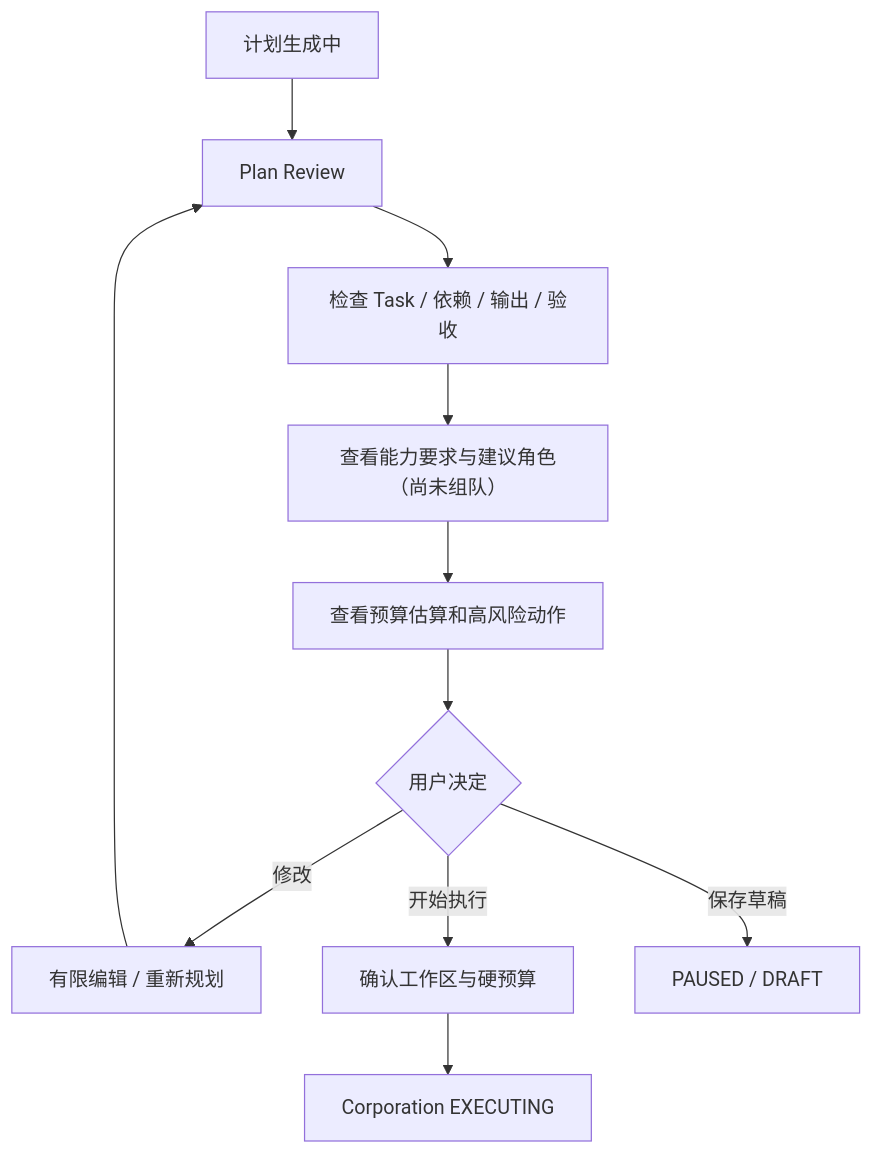
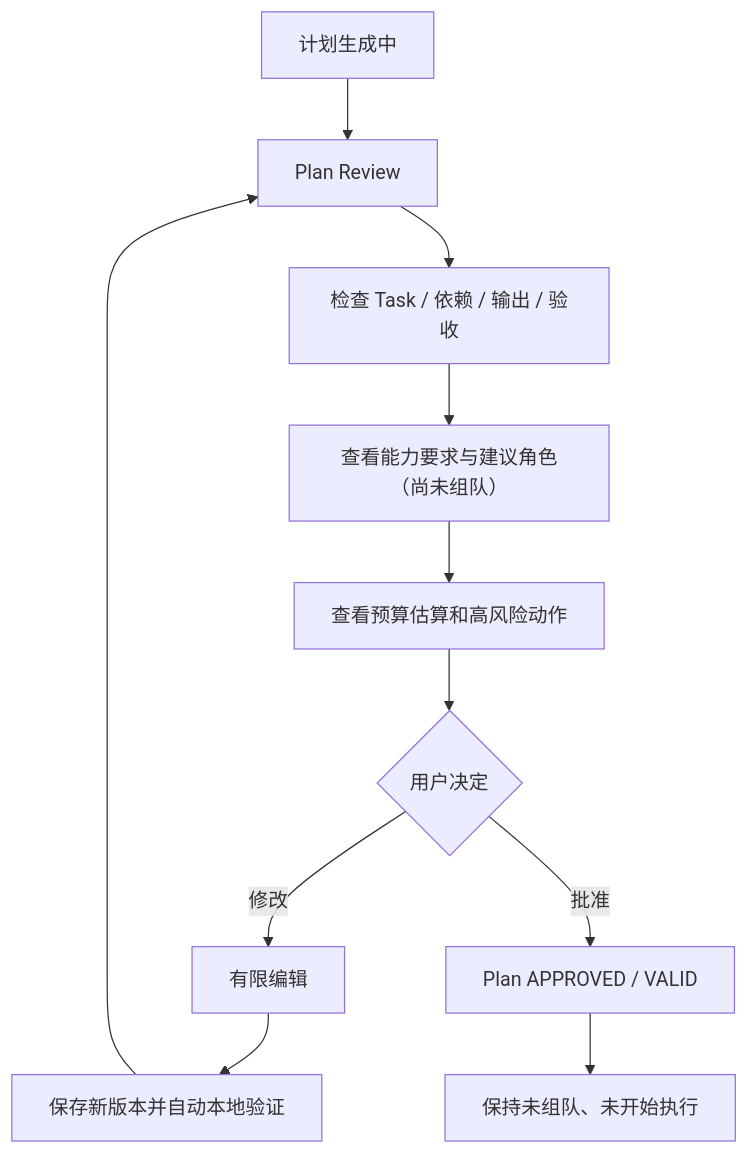
One commit to banyueban/ai-corporation changed the third of 8 diagrams in docs/07-ui/Core-User-Flows.md. Above: the diagram before and after it, drawn with Mermaid. The commit also changed other lines of this file and 34 other files, not shown here.

````diff
--- a/docs/07-ui/Core-User-Flows.md
+++ b/docs/07-ui/Core-User-Flows.md
@@ -96,13 +96,13 @@
 ```mermaid
 flowchart TD
     A["计划生成中"] --> B["Plan Review"]
     B --> C["检查 Task / 依赖 / 输出 / 验收"]
     C --> D["查看能力要求与建议角色（尚未组队）"]
     D --> E["查看预算估算和高风险动作"]
     E --> F{"用户决定"}
-    F -->|修改| G["有限编辑 / 重新规划"]
-    G --> B
-    F -->|开始执行| H["确认工作区与硬预算"]
-    H --> I["Corporation EXECUTING"]
-    F -->|保存草稿| J["PAUSED / DRAFT"]
+    F -->|修改| G["有限编辑"]
+    G --> H["保存新版本并自动本地验证"]
+    H --> B
+    F -->|批准| I["Plan APPROVED / VALID"]
+    I --> J["保持未组队、未开始执行"]
 ```
````
